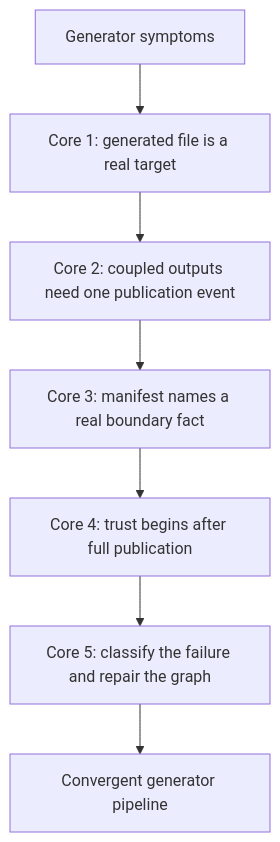
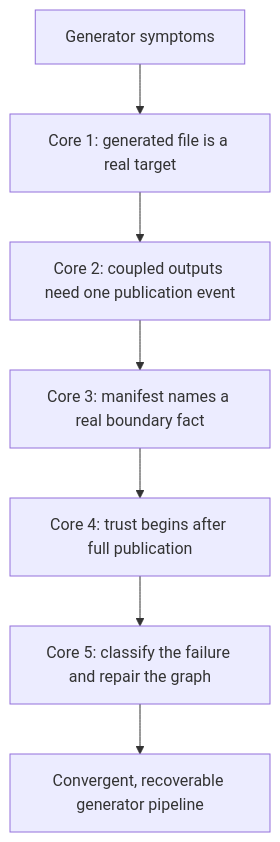
Before and after one commit to bijux/bijux-masterclass: the third of 3 diagrams in programs/reproducible-research/deep-dive-make/course-book/module-06-generated-files-multi-output-pipeline-boundaries/worked-example-repairing-a-broken-generator-pipeline.md, drawn with Mermaid. The commit also changed other lines of this file, not shown here.

Commit message:
docs(make): prove generator interruption recovery

````diff
--- a/programs/reproducible-research/deep-dive-make/course-book/module-06-generated-files-multi-output-pipeline-boundaries/worked-example-repairing-a-broken-generator-pipeline.md
+++ b/programs/reproducible-research/deep-dive-make/course-book/module-06-generated-files-multi-output-pipeline-boundaries/worked-example-repairing-a-broken-generator-pipeline.md
@@ -394,9 +508,9 @@
 ```mermaid
 flowchart TD
   symptom["Generator symptoms"] --> files["Core 1: generated file is a real target"]
   files --> multi["Core 2: coupled outputs need one publication event"]
   multi --> boundary["Core 3: manifest names a real boundary fact"]
   boundary --> publish["Core 4: trust begins after full publication"]
   publish --> repair["Core 5: classify the failure and repair the graph"]
-  repair --> stable["Convergent generator pipeline"]
+  repair --> stable["Convergent, recoverable generator pipeline"]
 ```
````
